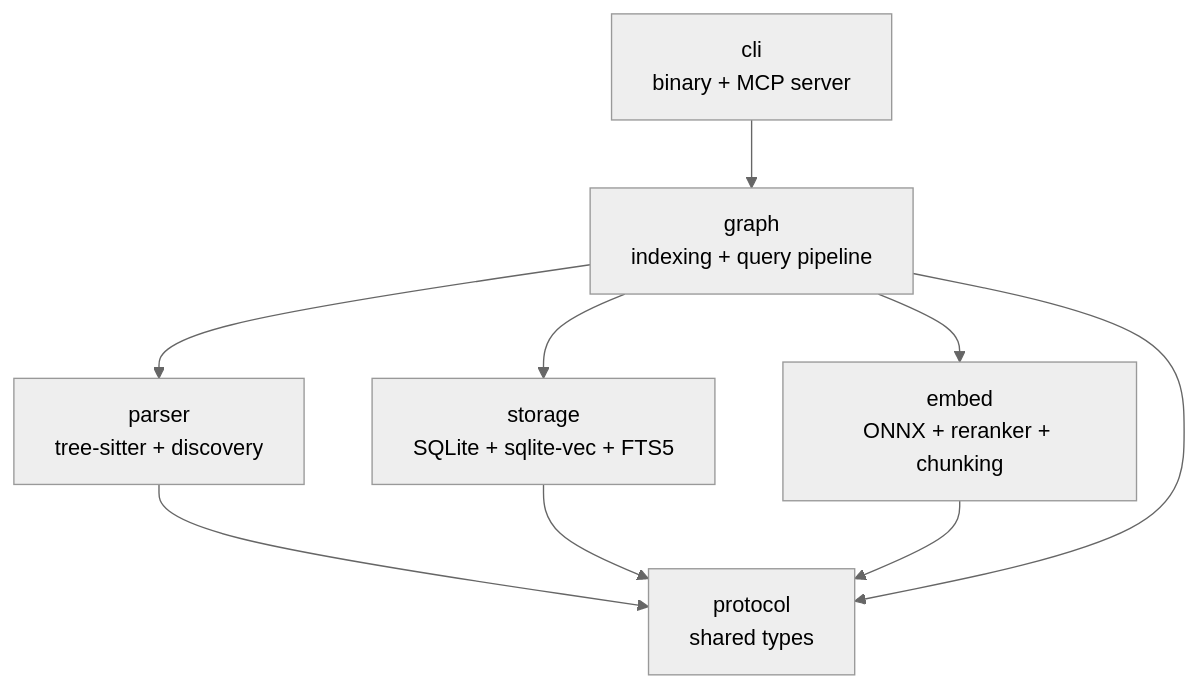
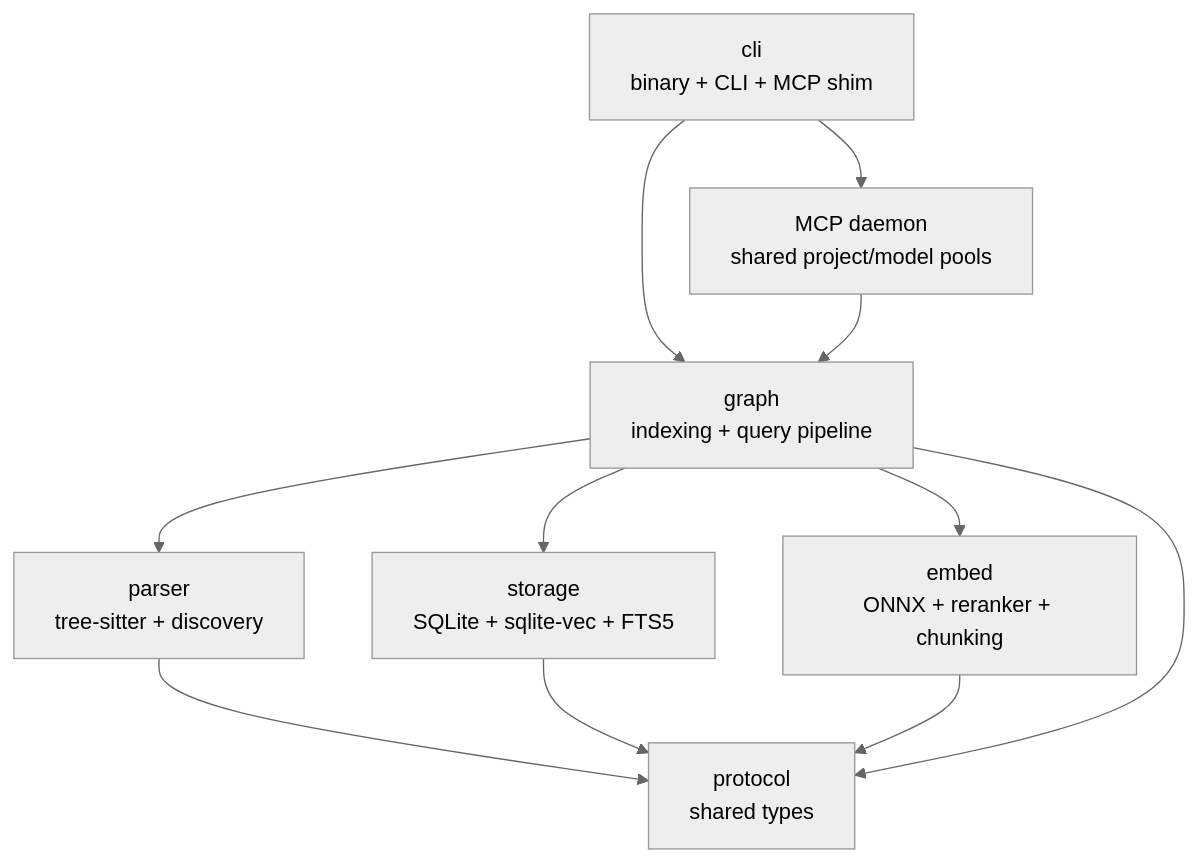
Before and after one commit to iliaal/codesage: the third of 3 diagrams in README.md, drawn with Mermaid (neutral theme). The commit also changed other lines of this file and 2 other files, not shown here.

Commit message:
docs: document shared MCP daemon

````diff
--- a/README.md
+++ b/README.md
@@ -377,18 +377,21 @@
 ```mermaid
 flowchart TD
-    cli[cli<br/>binary + MCP server]
+    cli[cli<br/>binary + CLI + MCP shim]
+    daemon[MCP daemon<br/>shared project/model pools]
     gr[graph<br/>indexing + query pipeline]
     parser[parser<br/>tree-sitter + discovery]
     storage[storage<br/>SQLite + sqlite-vec + FTS5]
     embed[embed<br/>ONNX + reranker + chunking]
     protocol[protocol<br/>shared types]
 
+    cli --> daemon
     cli --> gr
+    daemon --> gr
     gr --> parser
     gr --> storage
     gr --> embed
     parser --> protocol
     storage --> protocol
     embed --> protocol
     gr --> protocol
 ```
````
